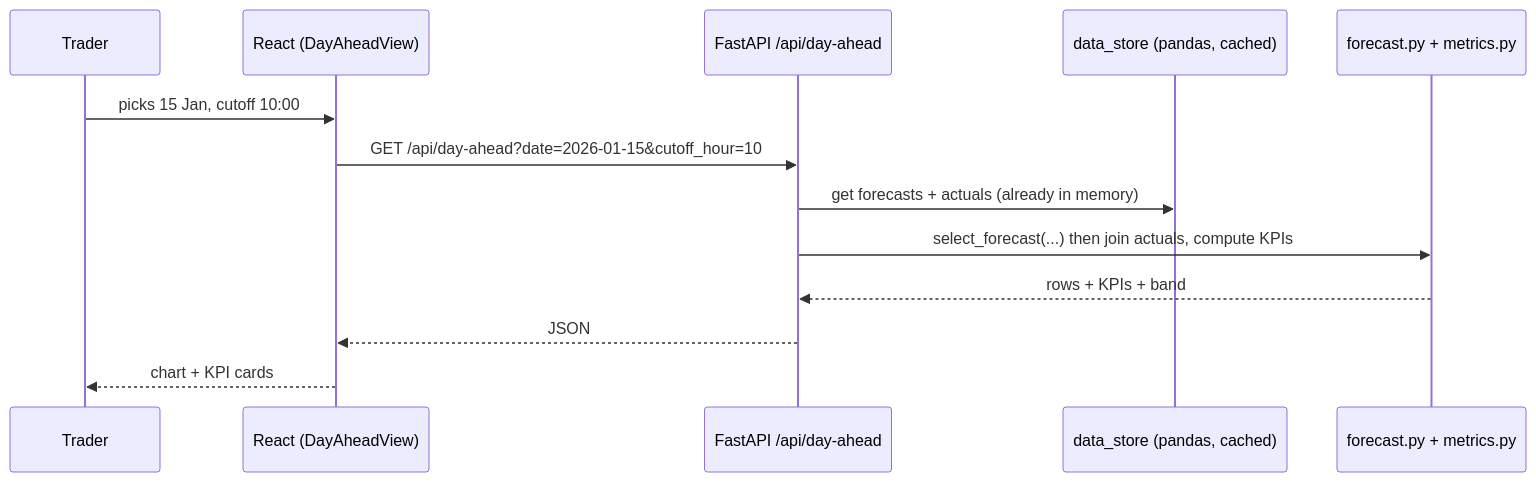
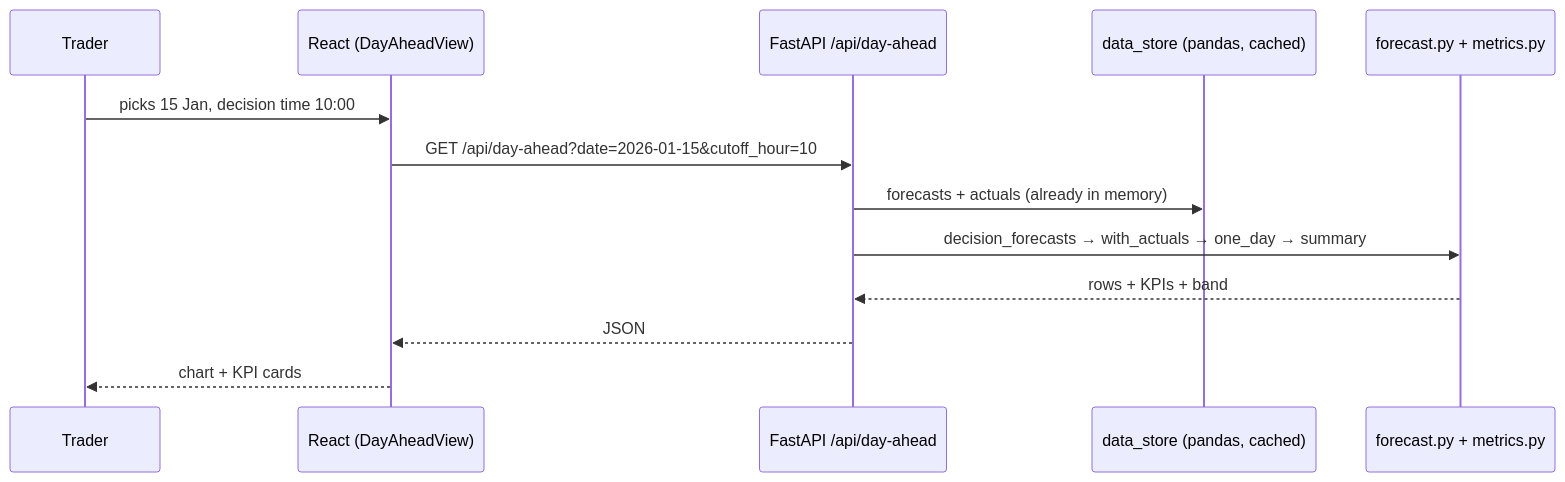
Before and after one commit to abhayraj2705/pp3i75: the second of 2 diagrams in ARCHITECTURE.md, drawn with Mermaid. The commit also changed other lines of this file and 11 other files, not shown here.

Commit message:
Add Docker setup, Vercel config, README and updated architecture doc

````diff
--- a/ARCHITECTURE.md
+++ b/ARCHITECTURE.md
@@ -178,15 +170,15 @@
 ```mermaid
 sequenceDiagram
     participant U as Trader
     participant R as React (DayAheadView)
     participant A as FastAPI /api/day-ahead
     participant S as data_store (pandas, cached)
     participant L as forecast.py + metrics.py
-    U->>R: picks 15 Jan, cutoff 10:00
+    U->>R: picks 15 Jan, decision time 10:00
     R->>A: GET /api/day-ahead?date=2026-01-15&cutoff_hour=10
-    A->>S: get forecasts + actuals (already in memory)
-    A->>L: select_forecast(...) then join actuals, compute KPIs
+    A->>S: forecasts + actuals (already in memory)
+    A->>L: decision_forecasts → with_actuals → one_day → summary
     L-->>A: rows + KPIs + band
     A-->>R: JSON
     R-->>U: chart + KPI cards
 ```
````
